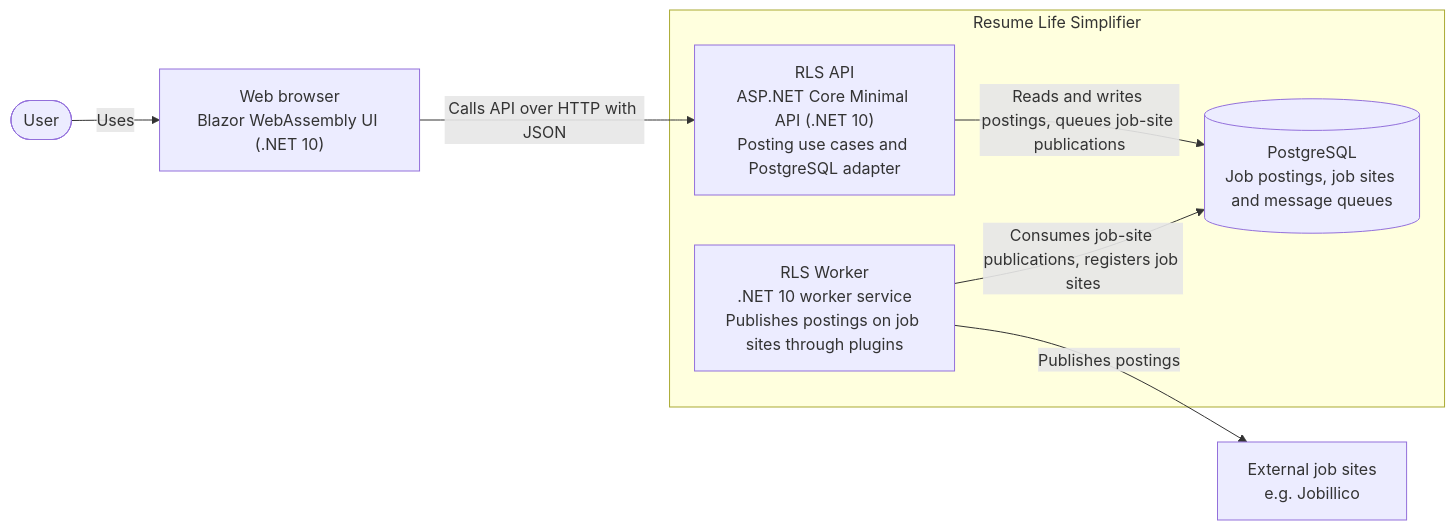
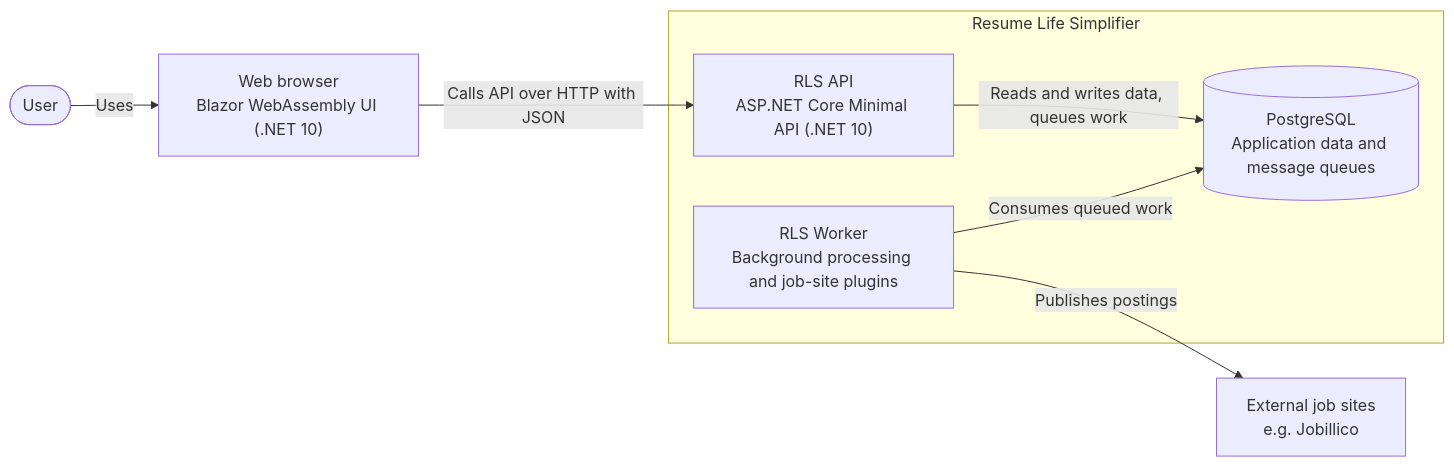
Before and after one commit to dialden/resume-life-simplifier: the second of 2 diagrams in README.md, drawn with Mermaid. The commit also changed other lines of this file and 12 other files, not shown here.

````diff
--- a/README.md
+++ b/README.md
@@ -31,18 +34,19 @@
 ```mermaid
 flowchart LR
     user(["User"])
     browser["Web browser<br/>Blazor WebAssembly UI (.NET 10)"]
 
     subgraph rls["Resume Life Simplifier"]
-        api["RLS API<br/>ASP.NET Core Minimal API (.NET 10)<br/>Posting use cases and PostgreSQL adapter"]
-        worker["RLS Worker<br/>.NET 10 worker service<br/>Publishes postings on job sites through plugins"]
-        database[("PostgreSQL<br/>Job postings, job sites and message queues")]
+        api["RLS API<br/>ASP.NET Core Minimal API (.NET 10)"]
+        worker["RLS Worker<br/>Background processing and job-site plugins"]
+        database[("PostgreSQL<br/>Application data and message queues")]
     end
+
     jobSites["External job sites<br/>e.g. Jobillico"]
 
     user -->|Uses| browser
     browser -->|Calls API over HTTP with JSON| api
-    api -->|Reads and writes postings, queues job-site publications| database
-    worker -->|Consumes job-site publications, registers job sites| database
+    api -->|Reads and writes data, queues work| database
+    worker -->|Consumes queued work| database
     worker -->|Publishes postings| jobSites
 ```
````
